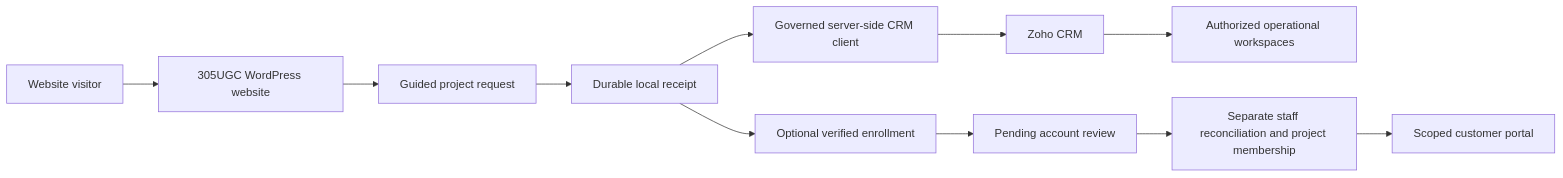
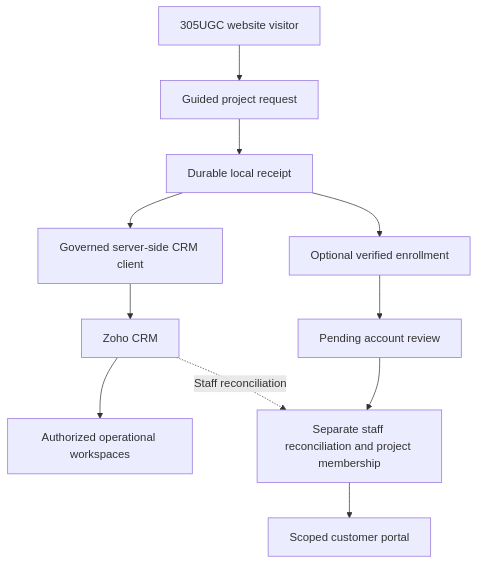
One commit to RawPowered/305UGC-Showcase changed the diagram in README.md. Above: the diagram before and after it, drawn with Mermaid. The commit also changed other lines of this file and 4 other files, not shown here.

````diff
--- a/README.md
+++ b/README.md
@@ -99,13 +106,13 @@
 ```mermaid
-flowchart LR
-    V[Website visitor] --> W[305UGC WordPress website]
-    W --> I[Guided project request]
+flowchart TD
+    V[305UGC website visitor] --> I[Guided project request]
     I --> R[Durable local receipt]
     R --> G[Governed server-side CRM client]
     G --> Z[Zoho CRM]
     R --> E[Optional verified enrollment]
     E --> P[Pending account review]
     Z --> S[Authorized operational workspaces]
     P --> M[Separate staff reconciliation and project membership]
     M --> C[Scoped customer portal]
+    Z -. Staff reconciliation .-> M
 ```
````
